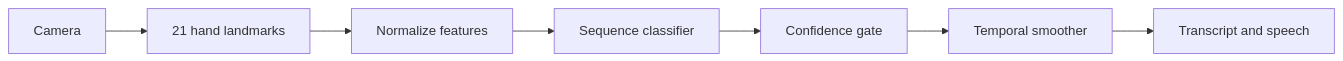
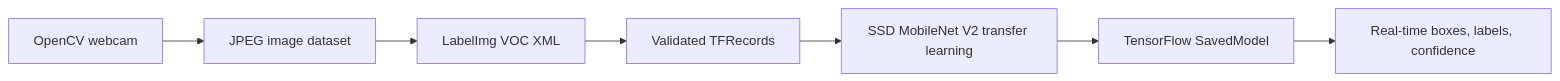
The diagram in README.md (pankuprudhviraju1/signbridge-ai), drawn with Mermaid before and after one commit. The commit also changed other lines of this file and 33 other files, not shown here.

Commit message:
Rebuild sign detection with TensorFlow SSD

````diff
--- a/README.md
+++ b/README.md
@@ -31,9 +33,9 @@
 ```mermaid
 flowchart LR
-  A[Camera] --> B[21 hand landmarks]
-  B --> C[Normalize features]
-  C --> D[Sequence classifier]
-  D --> E[Confidence gate]
-  E --> F[Temporal smoother]
-  F --> G[Transcript and speech]
+  A[OpenCV webcam] --> B[JPEG image dataset]
+  B --> C[LabelImg VOC XML]
+  C --> D[Validated TFRecords]
+  D --> E[SSD MobileNet V2 transfer learning]
+  E --> F[TensorFlow SavedModel]
+  F --> G[Real-time boxes, labels, confidence]
 ```
````
